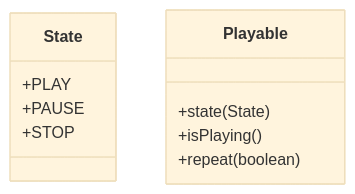
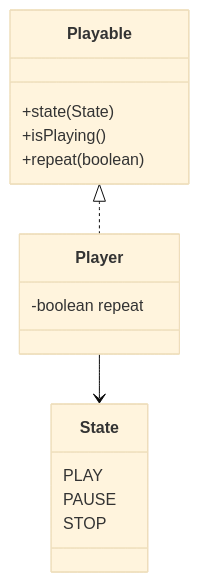
One commit to stridecolossus/JOVE changed the diagram in docs/blog/part-4-models/render-loop.md. Above: the diagram before and after it, drawn with Mermaid (base theme).

````diff
--- a/docs/blog/part-4-models/render-loop.md
+++ b/docs/blog/part-4-models/render-loop.md
@@ -336,15 +336,20 @@
 ```mermaid
 classDiagram
 
-class State
-State : +PLAY
-State : +PAUSE
-State : +STOP
+class State {
+    PLAY
+    PAUSE
+    STOP
+}
 
 class Playable {
     +state(State)
     +isPlaying()
     +repeat(boolean)
 }
 
+Playable <|.. Player
+Player : -boolean repeat
+Player --> State
+
 ```
````
